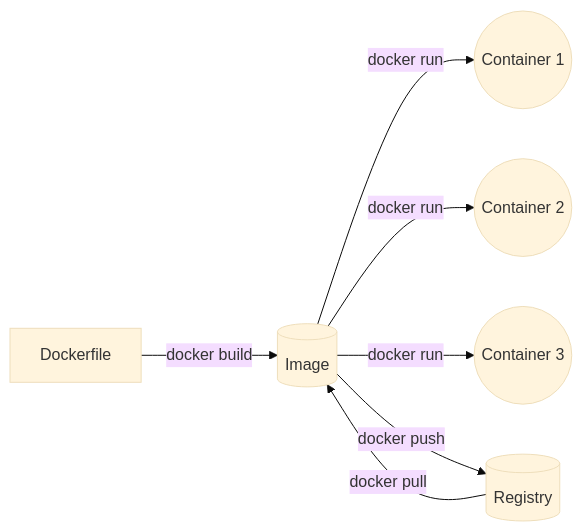
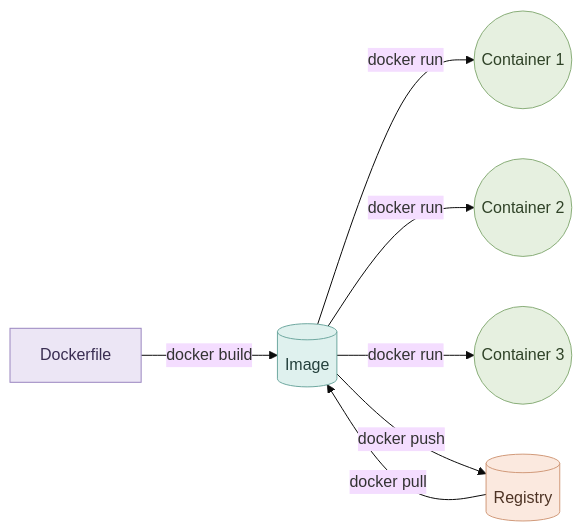
Before and after one commit to saurabhchachre013/docker101: the fifth of 10 diagrams in Docker101.md, drawn with Mermaid (base theme). The commit also changed other lines of this file and 2 other files, not shown here.

Commit message:
flask app with dockerfile

````diff
--- a/Docker101.md
+++ b/Docker101.md
@@ -171,9 +219,18 @@
 ```mermaid
 flowchart LR
-    DF[Dockerfile] -- "docker build" --> IMG[(Image)]
-    IMG -- "docker run" --> C1((Container 1))
-    IMG -- "docker run" --> C2((Container 2))
-    IMG -- "docker run" --> C3((Container 3))
-    IMG -- "docker push" --> REG[(Registry)]
+    DF["Dockerfile"] -- "docker build" --> IMG[("Image")]
+    IMG -- "docker run" --> C1(("Container 1"))
+    IMG -- "docker run" --> C2(("Container 2"))
+    IMG -- "docker run" --> C3(("Container 3"))
+    IMG -- "docker push" --> REG[("Registry")]
     REG -- "docker pull" --> IMG
+
+    classDef file fill:#ECE6F5,stroke:#9A86C0,color:#3A2E52
+    classDef image fill:#DFF1EE,stroke:#6FA8A0,color:#24403C
+    classDef container fill:#E6F0E0,stroke:#8AAE7A,color:#2F4227
+    classDef registry fill:#FBE9DF,stroke:#D19A7A,color:#4D3324
+    class DF file
+    class IMG image
+    class C1,C2,C3 container
+    class REG registry
 ```
````
